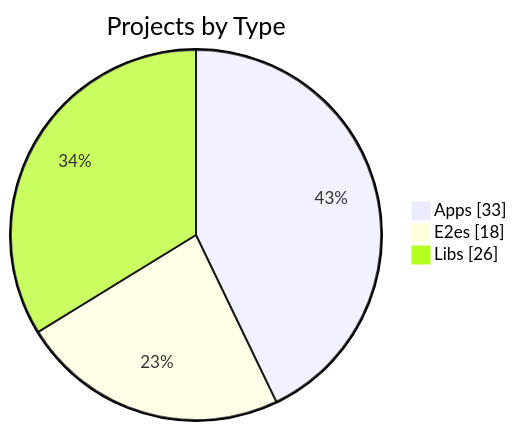
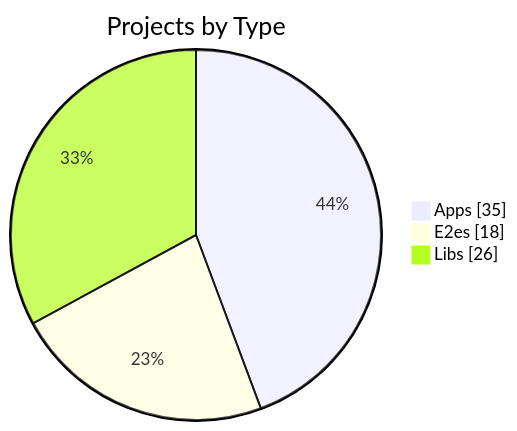
The first of 3 diagrams in apps/kbve/astro-kbve/src/content/docs/dashboard/graph.mdx (KBVE/kbve), drawn with Mermaid before and after one commit. The commit also changed other lines of this file and 8 other files, not shown here.

````diff
--- a/apps/kbve/astro-kbve/src/content/docs/dashboard/graph.mdx
+++ b/apps/kbve/astro-kbve/src/content/docs/dashboard/graph.mdx
@@ -56,7 +56,7 @@
 ```mermaid
 pie showData
     title Projects by Type
-    "Apps" : 33
+    "Apps" : 35
     "E2es" : 18
     "Libs" : 26
 ```
````
